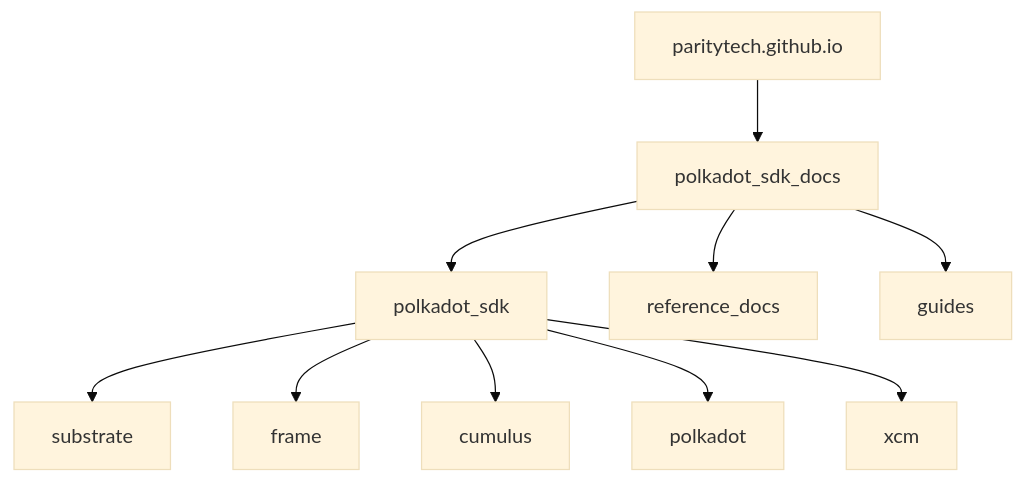
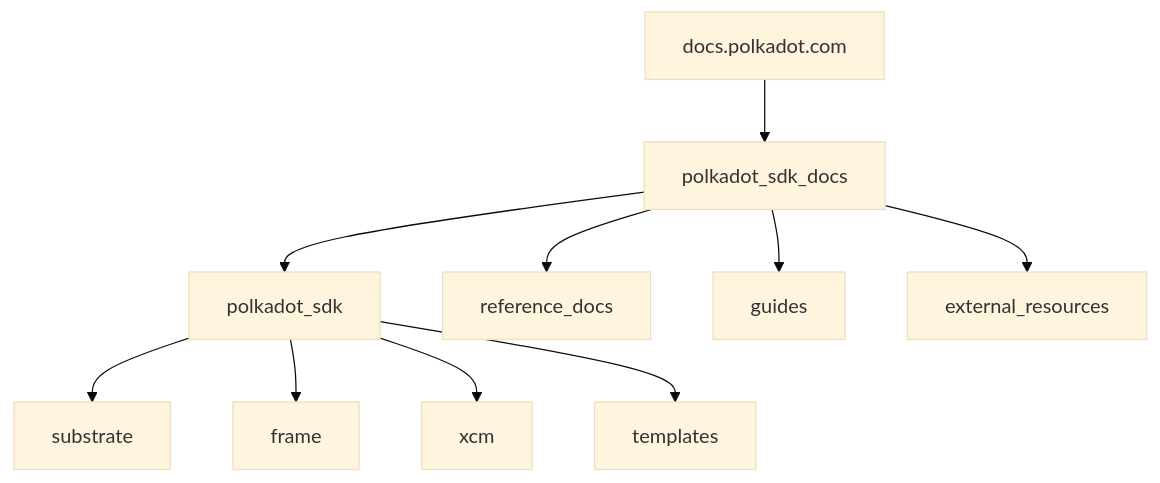
Before and after one commit to thxnet/thxnet-sdk: the diagram in docs/mermaid/IA.mmd, drawn with Mermaid (base theme). The commit also changed other lines of this file and 6898 other files, not shown here.

```diff
--- a/docs/mermaid/IA.mmd
+++ b/docs/mermaid/IA.mmd
@@ -1,12 +1,12 @@
 flowchart
-    parity[paritytech.github.io] --> devhub[polkadot_sdk_docs]
+    dot[docs.polkadot.com] --> devhub[polkadot_sdk_docs]
 
     devhub --> polkadot_sdk
     devhub --> reference_docs
     devhub --> guides
+	devhub --> external_resources
 
     polkadot_sdk --> substrate
     polkadot_sdk --> frame
-    polkadot_sdk --> cumulus
-    polkadot_sdk --> polkadot
     polkadot_sdk --> xcm
+	polkadot_sdk --> templates
```
